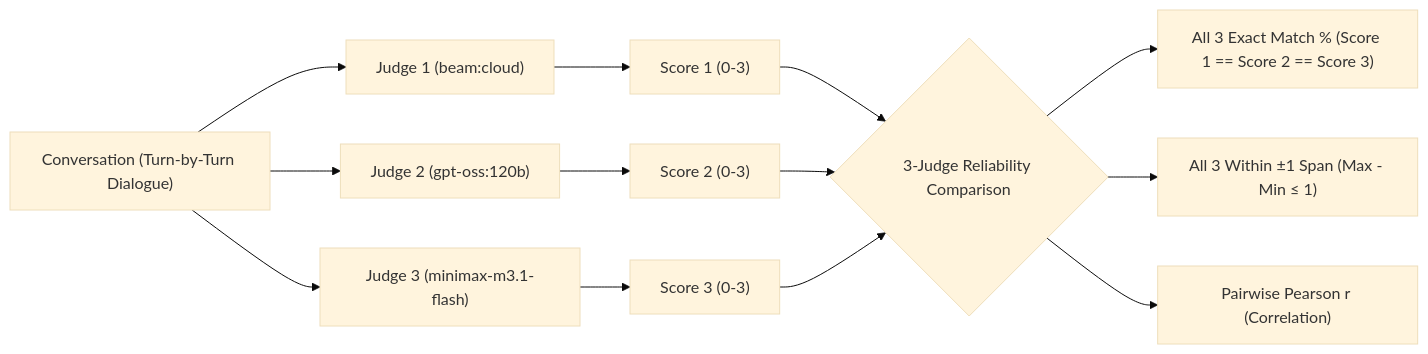
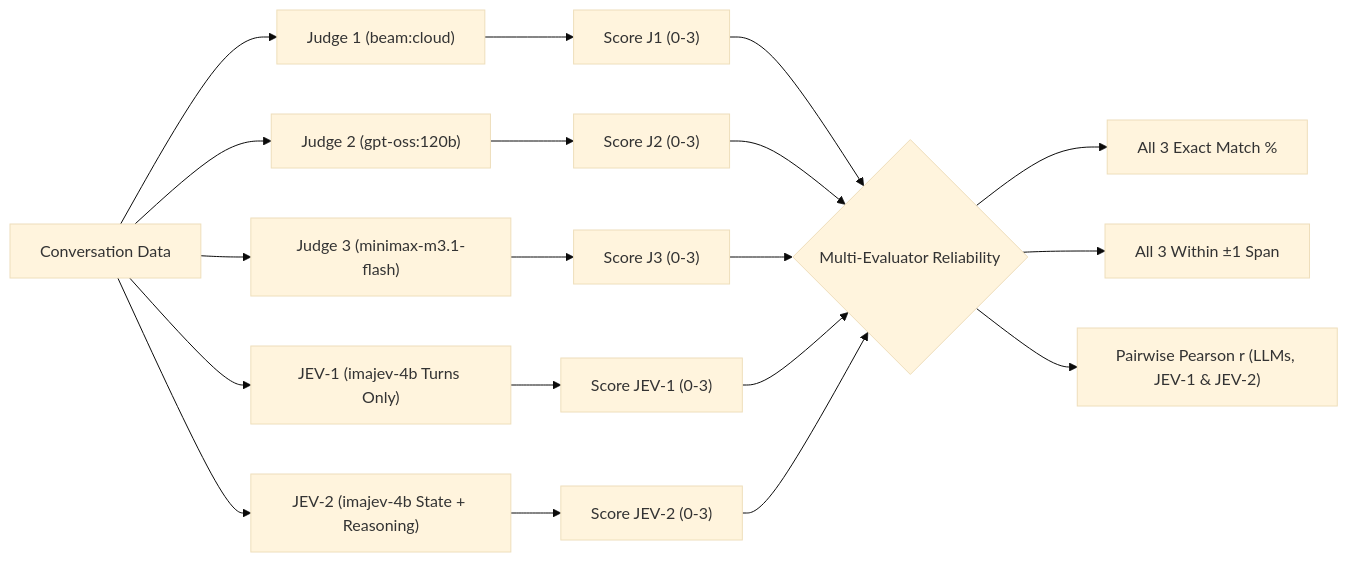
Before and after one commit to asn1O/Socratic_AI_judge_pipeline: the diagram in analytics/EXECUTIVE_SUMMARY.md, drawn with Mermaid (base theme). The commit also changed other lines of this file and 31 other files, not shown here.

````diff
--- a/analytics/EXECUTIVE_SUMMARY.md
+++ b/analytics/EXECUTIVE_SUMMARY.md
@@ -16,13 +18,17 @@
 ```mermaid
 flowchart LR
-    A["Conversation (Turn-by-Turn Dialogue)"] --> B["Judge 1 (beam:cloud)"]
+    A["Conversation Data"] --> B["Judge 1 (beam:cloud)"]
     A --> C["Judge 2 (gpt-oss:120b)"]
     A --> D["Judge 3 (minimax-m3.1-flash)"]
-    B --> E["Score 1 (0-3)"]
-    C --> F["Score 2 (0-3)"]
-    D --> G["Score 3 (0-3)"]
-    E & F & G --> H{"3-Judge Reliability Comparison"}
-    H --> I["All 3 Exact Match % (Score 1 == Score 2 == Score 3)"]
-    H --> J["All 3 Within ±1 Span (Max - Min ≤ 1)"]
-    H --> K["Pairwise Pearson r (Correlation)"]
+    A --> J1["JEV-1 (imajev-4b Turns Only)"]
+    A --> J2["JEV-2 (imajev-4b State + Reasoning)"]
+    B --> E["Score J1 (0-3)"]
+    C --> F["Score J2 (0-3)"]
+    D --> G["Score J3 (0-3)"]
+    J1 --> H1["Score JEV-1 (0-3)"]
+    J2 --> H2["Score JEV-2 (0-3)"]
+    E & F & G & H1 & H2 --> H{"Multi-Evaluator Reliability"}
+    H --> I["All 3 Exact Match %"]
+    H --> J["All 3 Within ±1 Span"]
+    H --> K["Pairwise Pearson r (LLMs, JEV-1 & JEV-2)"]
 ```
````
